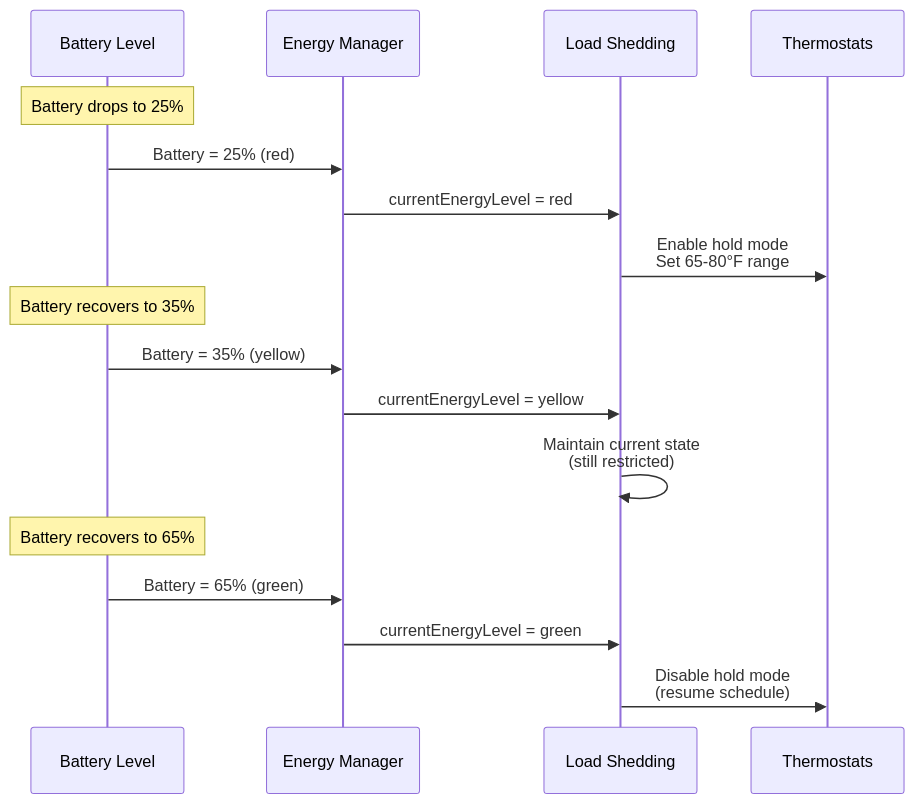
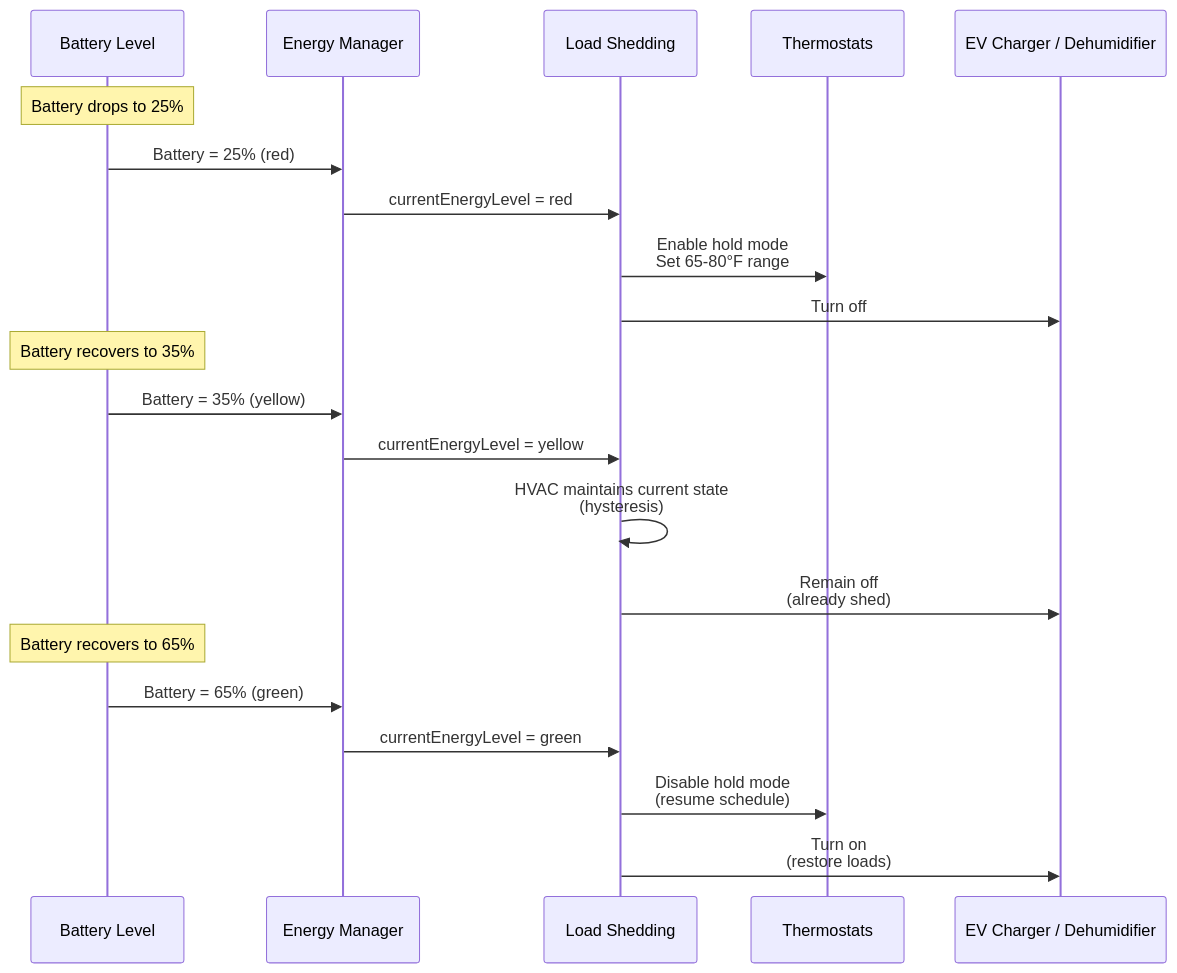
Before and after one commit to NickBorgers/home-automation: the sixth of 7 diagrams in docs/flows/LOAD_SHEDDING.md, drawn with Mermaid. The commit also changed other lines of this file, not shown here.

First line of the commit message:
docs: Update LOAD_SHEDDING.md to reflect yellow-level non-HVAC load shedding

````diff
--- a/docs/flows/LOAD_SHEDDING.md
+++ b/docs/flows/LOAD_SHEDDING.md
@@ -229,25 +234,29 @@
 ```mermaid
 sequenceDiagram
     participant Battery as Battery Level
     participant EM as Energy Manager
     participant LS as Load Shedding
     participant HVAC as Thermostats
+    participant NonHVAC as EV Charger / Dehumidifier
 
     Note over Battery: Battery drops to 25%
 
     Battery->>EM: Battery = 25% (red)
     EM->>LS: currentEnergyLevel = red
     LS->>HVAC: Enable hold mode<br/>Set 65-80°F range
+    LS->>NonHVAC: Turn off
 
     Note over Battery: Battery recovers to 35%
 
     Battery->>EM: Battery = 35% (yellow)
     EM->>LS: currentEnergyLevel = yellow
-    LS->>LS: Maintain current state<br/>(still restricted)
+    LS->>LS: HVAC maintains current state<br/>(hysteresis)
+    LS->>NonHVAC: Remain off<br/>(already shed)
 
     Note over Battery: Battery recovers to 65%
 
     Battery->>EM: Battery = 65% (green)
     EM->>LS: currentEnergyLevel = green
     LS->>HVAC: Disable hold mode<br/>(resume schedule)
+    LS->>NonHVAC: Turn on<br/>(restore loads)
 ```
````
